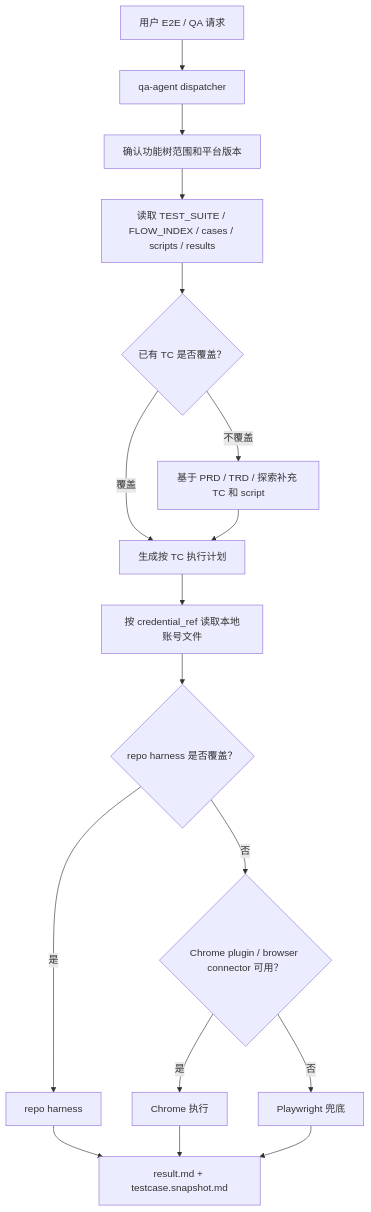
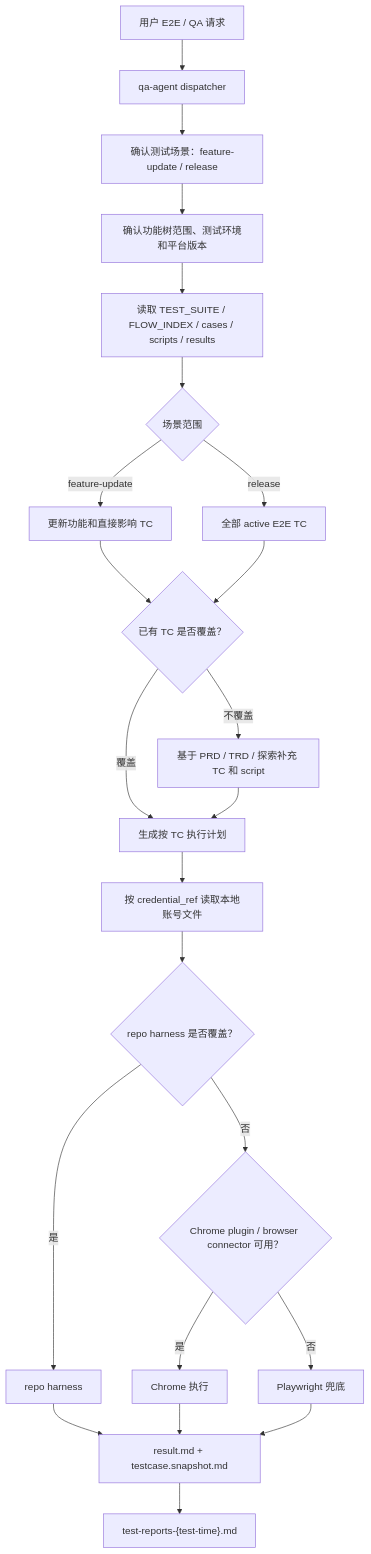
Before and after one commit to Neplich/dev-agent-skills: the first of 3 diagrams in docs/engineer/qa-e2e-case-memory/TRD.md, drawn with Mermaid. The commit also changed other lines of this file, not shown here.

````diff
--- a/docs/engineer/qa-e2e-case-memory/TRD.md
+++ b/docs/engineer/qa-e2e-case-memory/TRD.md
@@ -50,19 +56,25 @@
 ```mermaid
 flowchart TD
     User["用户 E2E / QA 请求"] --> QA["qa-agent dispatcher"]
-    QA --> Scope["确认功能树范围和平台版本"]
+    QA --> Scenario["确认测试场景：feature-update / release"]
+    Scenario --> Scope["确认功能树范围、测试环境和平台版本"]
     Scope --> Memory["读取 TEST_SUITE / FLOW_INDEX / cases / scripts / results"]
-    Memory --> CaseDecision{"已有 TC 是否覆盖？"}
+    Memory --> ScenarioScope{"场景范围"}
+    ScenarioScope -->|feature-update| Impact["更新功能和直接影响 TC"]
+    ScenarioScope -->|release| Full["全部 active E2E TC"]
+    Impact --> CaseDecision{"已有 TC 是否覆盖？"}
+    Full --> CaseDecision
     CaseDecision -->|覆盖| ExecutePlan["生成按 TC 执行计划"]
     CaseDecision -->|不覆盖| CaseWrite["基于 PRD / TRD / 探索补充 TC 和 script"]
     CaseWrite --> ExecutePlan
     ExecutePlan --> Credential["按 credential_ref 读取本地账号文件"]
     Credential --> Harness{"repo harness 是否覆盖？"}
     Harness -->|是| Repo["repo harness"]
     Harness -->|否| Chrome{"Chrome plugin / browser connector 可用？"}
     Chrome -->|是| Browser["Chrome 执行"]
     Chrome -->|否| Playwright["Playwright 兜底"]
     Repo --> Result["result.md + testcase.snapshot.md"]
     Browser --> Result
     Playwright --> Result
+    Result --> Report["test-reports-{test-time}.md"]
 ```
````
